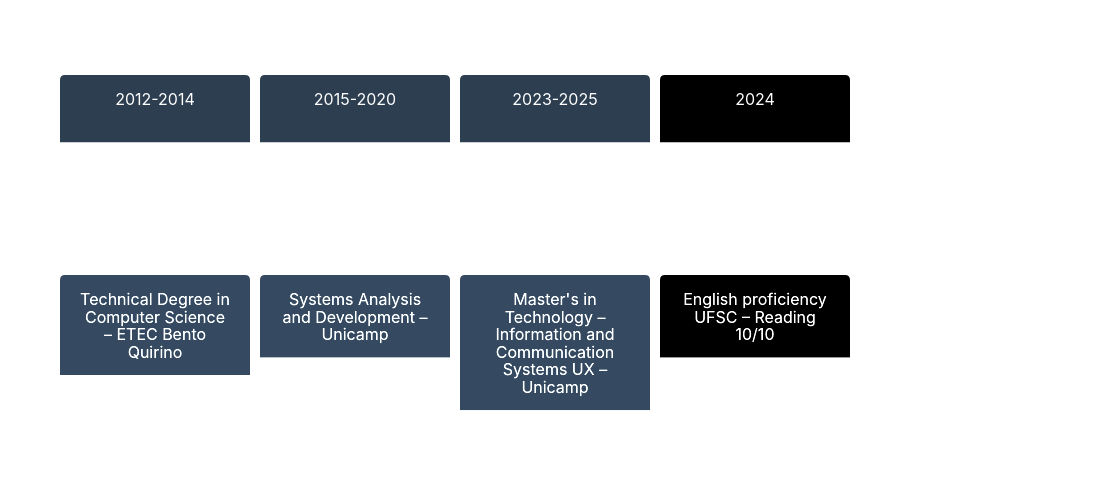
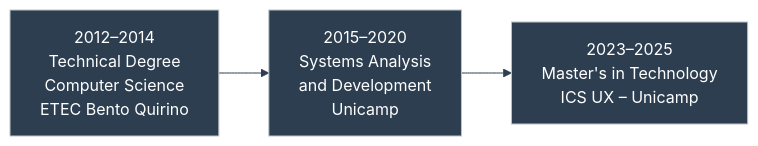
One commit to duducm2/my-personal-repo changed the second of 13 diagrams in portfolio/mermaid/diagrams.md. Above: the diagram before and after it, drawn with Mermaid. The commit also changed other lines of this file and 3 other files, not shown here.

````diff
--- a/portfolio/mermaid/diagrams.md
+++ b/portfolio/mermaid/diagrams.md
@@ -22,9 +22,8 @@
 ```mermaid
-%%{init: {'theme': 'base', 'themeVariables': { 'cScale0': '#2c3e50', 'cScale1': '#2c3e50', 'cScale2': '#2c3e50', 'primaryColor': '#2c3e50', 'primaryTextColor': '#fff', 'primaryBorderColor': '#bdc3c7', 'fontFamily': 'Lato'}}}%%
-timeline
-    title Academic Foundations
-    2012-2014 : Technical Degree in Computer Science – ETEC Bento Quirino
-    2015-2020 : Systems Analysis and Development – Unicamp
-    2023-2025 : Master's in Technology – Information and Communication Systems UX – Unicamp
-    2024 : English proficiency UFSC – Reading 10/10
+%%{init: {'theme': 'base', 'themeVariables': { 'primaryColor': '#2c3e50', 'primaryTextColor': '#fff', 'primaryBorderColor': '#bdc3c7', 'lineColor': '#2c3e50', 'fontFamily': 'Lato'}}}%%
+flowchart LR
+  A["2012–2014<br/>Technical Degree<br/>Computer Science<br/>ETEC Bento Quirino"]
+  B["2015–2020<br/>Systems Analysis<br/>and Development<br/>Unicamp"]
+  C["2023–2025<br/>Master's in Technology<br/>ICS UX – Unicamp"]
+  A --> B --> C
 ```
````
